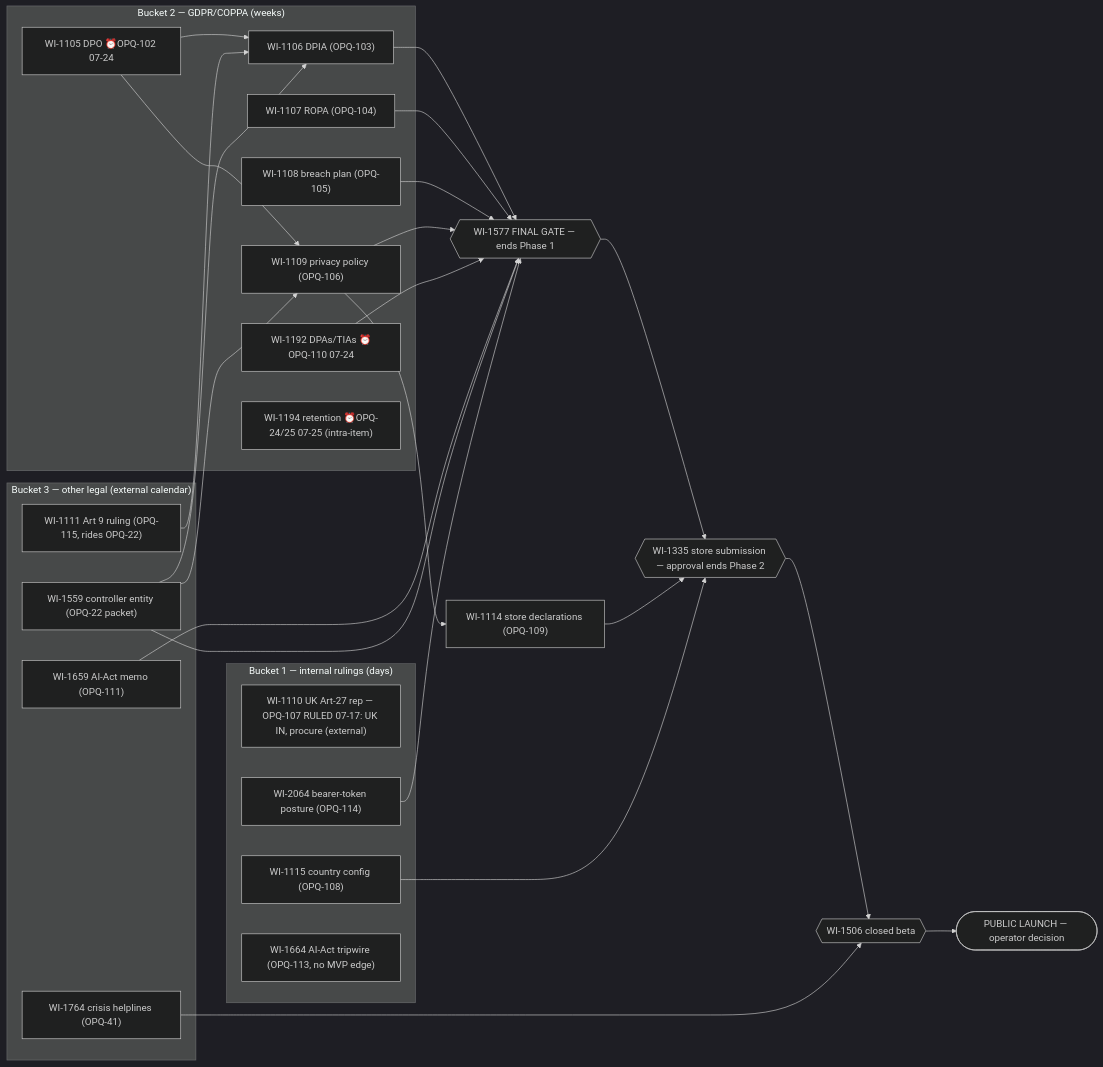
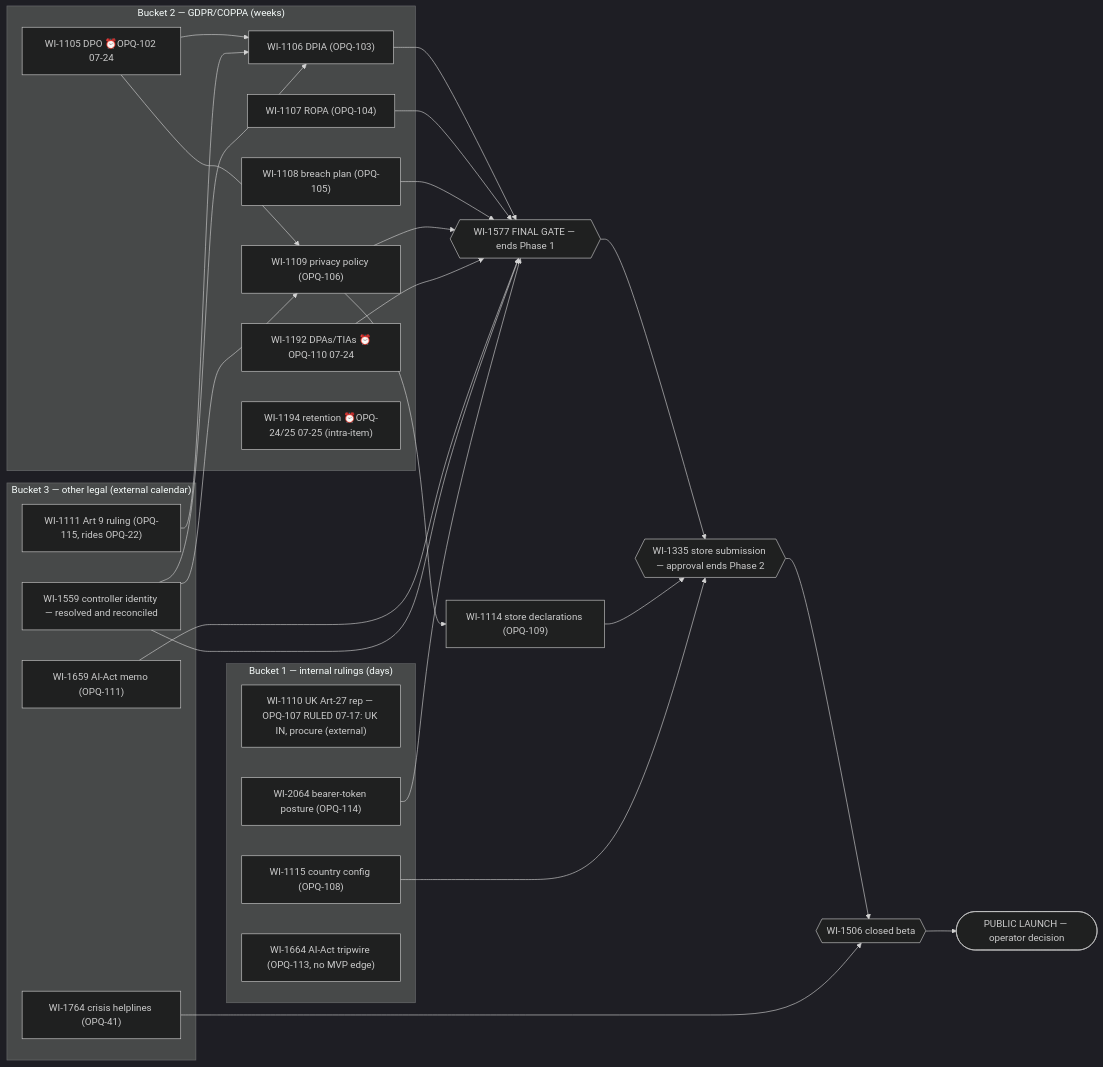
One commit to cognoco/eduagent-build changed the diagram in _wip/mvp-roadmap/2026-07-16-roadmap-viz-fallback.md. Above: the diagram before and after it, drawn with Mermaid (dark theme). The commit also changed other lines of this file and 22 other files, not shown here.

First line of the commit message:
docs(compliance): reconcile controller identity [WI-1559]

````diff
--- a/_wip/mvp-roadmap/2026-07-16-roadmap-viz-fallback.md
+++ b/_wip/mvp-roadmap/2026-07-16-roadmap-viz-fallback.md
@@ -9,47 +11,47 @@
 ```mermaid
 flowchart LR
   subgraph B1["Bucket 1 — internal rulings (days)"]
     WI1110["WI-1110 UK Art-27 rep — OPQ-107 RULED 07-17: UK IN, procure (external)"]
     WI1115["WI-1115 country config (OPQ-108)"]
     WI2064["WI-2064 bearer-token posture (OPQ-114)"]
     WI1664["WI-1664 AI-Act tripwire (OPQ-113, no MVP edge)"]
   end
   subgraph B2["Bucket 2 — GDPR/COPPA (weeks)"]
     WI1105["WI-1105 DPO ⏰OPQ-102 07-24"]
     WI1106["WI-1106 DPIA (OPQ-103)"]
     WI1107["WI-1107 ROPA (OPQ-104)"]
     WI1108["WI-1108 breach plan (OPQ-105)"]
     WI1109["WI-1109 privacy policy (OPQ-106)"]
     WI1192["WI-1192 DPAs/TIAs ⏰OPQ-110 07-24"]
     WI1194["WI-1194 retention ⏰OPQ-24/25 07-25 (intra-item)"]
   end
   subgraph B3["Bucket 3 — other legal (external calendar)"]
     WI1659["WI-1659 AI-Act memo (OPQ-111)"]
-    WI1559["WI-1559 controller entity (OPQ-22 packet)"]
+    WI1559["WI-1559 controller identity — resolved and reconciled"]
     WI1111["WI-1111 Art 9 ruling (OPQ-115, rides OPQ-22)"]
     WI1764["WI-1764 crisis helplines (OPQ-41)"]
   end
   WI1105 --> WI1106
   WI1105 --> WI1109
   WI1111 --> WI1106
   WI1559 --> WI1106
   WI1559 --> WI1109
   WI1106 --> G1577
   WI1107 --> G1577
   WI1108 --> G1577
   WI1109 --> WI1114["WI-1114 store declarations (OPQ-109)"]
   WI1109 --> G1577
   WI1192 --> G1577
   WI1659 --> G1577
   WI1559 --> G1577
   WI2064 --> G1577
   G1577{{"WI-1577 FINAL GATE — ends Phase 1"}}
   G1577 --> G1335
   WI1114 --> G1335
   WI1115 --> G1335
   G1335{{"WI-1335 store submission — approval ends Phase 2"}}
   G1335 --> G1506
   WI1764 --> G1506
   G1506{{"WI-1506 closed beta"}}
   G1506 --> LAUNCH(["PUBLIC LAUNCH — operator decision"])
 ```
````
